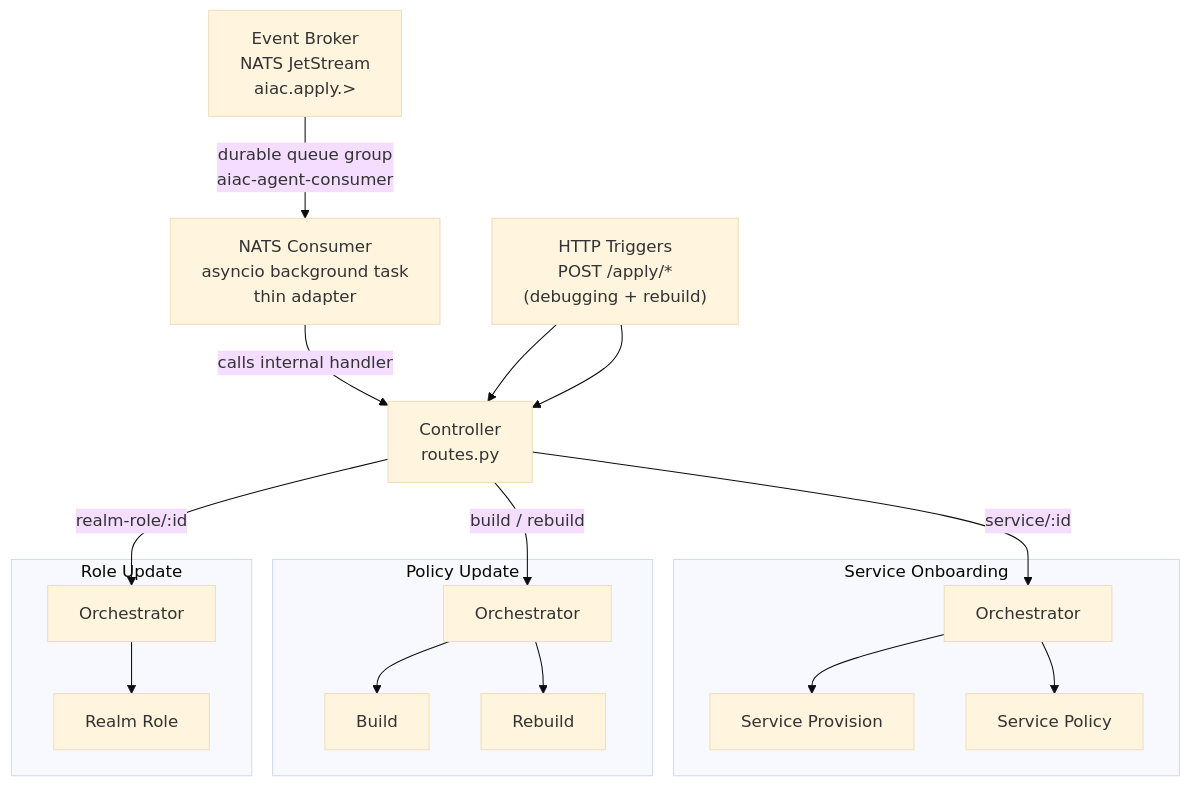
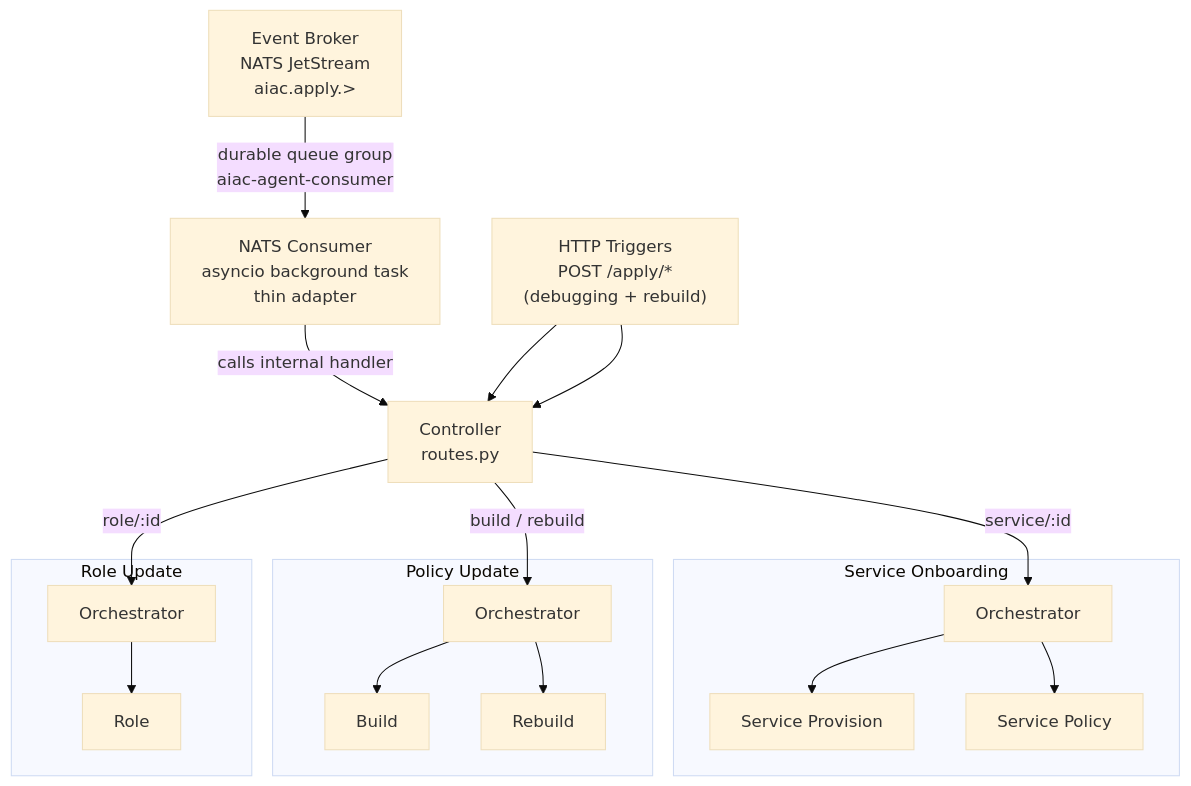
Before and after one commit to rossoctl/aiac: the first of 3 diagrams in inception/requirements/components/aiac-agent.md, drawn with Mermaid (base theme). The commit also changed other lines of this file and 12 other files, not shown here.

First line of the commit message:
docs(aiac): rename 'realm role' to 'role' across all requirements

````diff
--- a/inception/requirements/components/aiac-agent.md
+++ b/inception/requirements/components/aiac-agent.md
@@ -26,38 +26,38 @@
 ```mermaid
 flowchart TD
     NATS["Event Broker\nNATS JetStream\naiac.apply.>"]
     NATS_CONSUMER["NATS Consumer\nasyncio background task\nthin adapter"]
     TRIGGERS["HTTP Triggers\nPOST /apply/*\n(debugging + rebuild)"]
     CTRL["Controller\nroutes.py"]
 
     NATS -->|"durable queue group\naiac-agent-consumer"| NATS_CONSUMER
     NATS_CONSUMER -->|"calls internal handler"| CTRL
     TRIGGERS --> CTRL
 
     subgraph CO["Service Onboarding"]
         ORC1["Orchestrator"]
         SA1["Service Provision"]
         SA2["Service Policy"]
         ORC1 --> SA1
         ORC1 --> SA2
     end
 
     subgraph PU["Policy Update"]
         ORC2["Orchestrator"]
         SA3["Build"]
         SA4["Rebuild"]
         ORC2 --> SA3
         ORC2 --> SA4
     end
 
     subgraph RR["Role Update"]
         ORC3["Orchestrator"]
-        SA5["Realm Role"]
+        SA5["Role"]
         ORC3 --> SA5
     end
 
     TRIGGERS --> CTRL
-    CTRL -->|"realm-role/:id"| ORC3
+    CTRL -->|"role/:id"| ORC3
     CTRL -->|"build / rebuild"| ORC2
     CTRL -->|"service/:id"| ORC1
 ```
````
